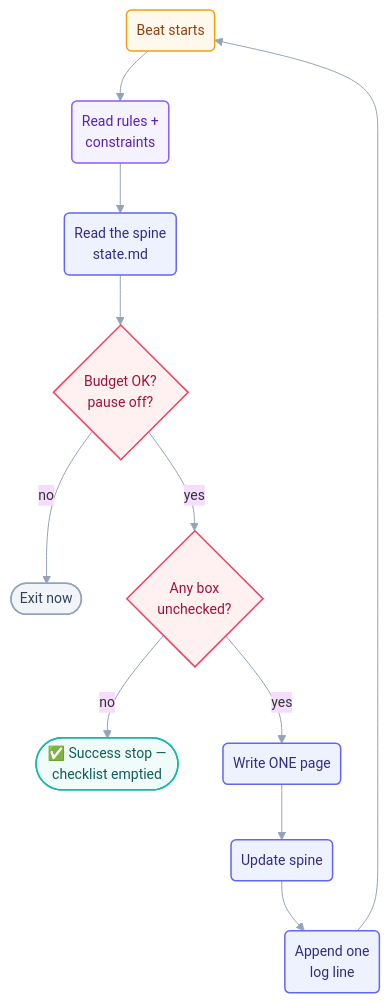
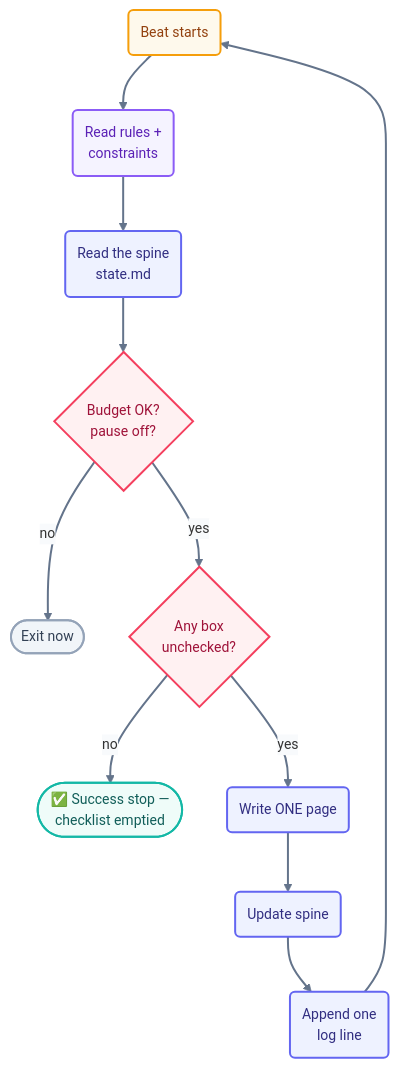
One commit to ayeshakhalid192007-dev/LoopEngineering-CrashCourse changed the diagram in loops/day1/page-writer/loop.md. Above: the diagram before and after it, drawn with Mermaid. The commit also changed 66 other files, not shown here.

First line of the commit message:
docs(diagrams): bolden and unify all 70 mermaid diagrams

````diff
--- a/loops/day1/page-writer/loop.md
+++ b/loops/day1/page-writer/loop.md
@@ -81,18 +81,19 @@
 ```mermaid
-%%{init: {'theme':'base','themeVariables':{'fontFamily':'ui-sans-serif, system-ui, sans-serif','fontSize':'14px','lineColor':'#94a3b8'},'flowchart':{'curve':'basis','nodeSpacing':45,'rankSpacing':50,'padding':10}}}%%
+%%{init: {'theme':'base','themeVariables':{'fontFamily':'ui-sans-serif, system-ui, sans-serif','fontSize':'14px','lineColor':'#64748b','edgeLabelBackground':'#f8fafc'},'flowchart':{'curve':'basis','nodeSpacing':45,'rankSpacing':55,'padding':12}}}%%
 flowchart TD
     S("Beat starts"):::time --> RULES("Read rules +<br/>constraints"):::cfg
     RULES --> SPINE("Read the spine<br/>state.md"):::beat
     SPINE --> BUDGET{"Budget OK?<br/>pause off?"}:::limit
     BUDGET -->|no| EXIT(["Exit now"]):::stop
     BUDGET -->|yes| DONE{"Any box<br/>unchecked?"}:::limit
     DONE -->|no| WIN(["✅ Success stop —<br/>checklist emptied"]):::win
     DONE -->|yes| WORK("Write ONE page"):::beat
     WORK --> UPD("Update spine"):::beat --> LOG("Append one<br/>log line"):::beat --> S
-    classDef time fill:#fef9ec,stroke:#f59e0b,stroke-width:1.5px,color:#92400e;
-    classDef cfg fill:#f5f3ff,stroke:#8b5cf6,stroke-width:1.5px,color:#5b21b6;
-    classDef beat fill:#eef2ff,stroke:#6366f1,stroke-width:1.5px,color:#312e81;
-    classDef limit fill:#fff1f2,stroke:#f43f5e,stroke-width:1.5px,color:#9f1239;
-    classDef stop fill:#f1f5f9,stroke:#94a3b8,stroke-width:1.5px,color:#334155;
-    classDef win fill:#effcf9,stroke:#14b8a6,stroke-width:1.5px,color:#115e59;
+    linkStyle default stroke:#64748b,stroke-width:2px;
+    classDef time fill:#fef9ec,stroke:#f59e0b,stroke-width:2px,color:#92400e;
+    classDef cfg fill:#f5f3ff,stroke:#8b5cf6,stroke-width:2px,color:#5b21b6;
+    classDef beat fill:#eef2ff,stroke:#6366f1,stroke-width:2px,color:#312e81;
+    classDef limit fill:#fff1f2,stroke:#f43f5e,stroke-width:2px,color:#9f1239;
+    classDef stop fill:#f1f5f9,stroke:#94a3b8,stroke-width:2px,color:#334155;
+    classDef win fill:#effcf9,stroke:#14b8a6,stroke-width:2px,color:#115e59;
 ```
````
